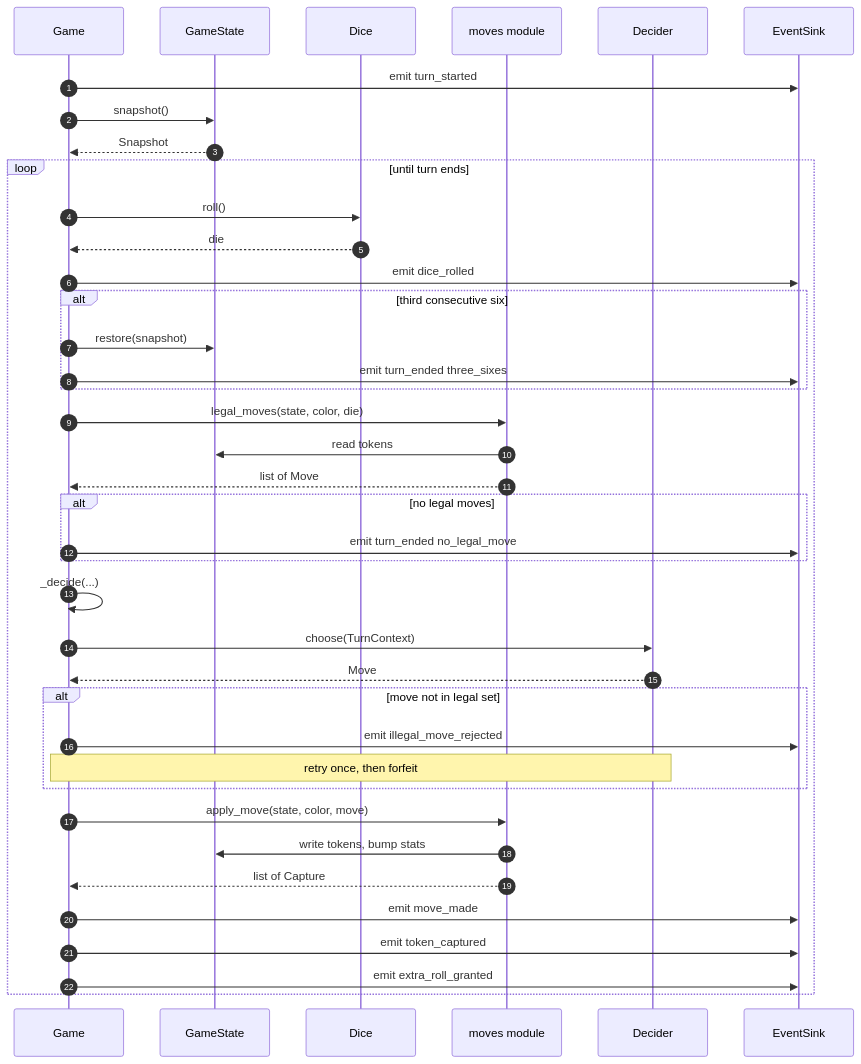
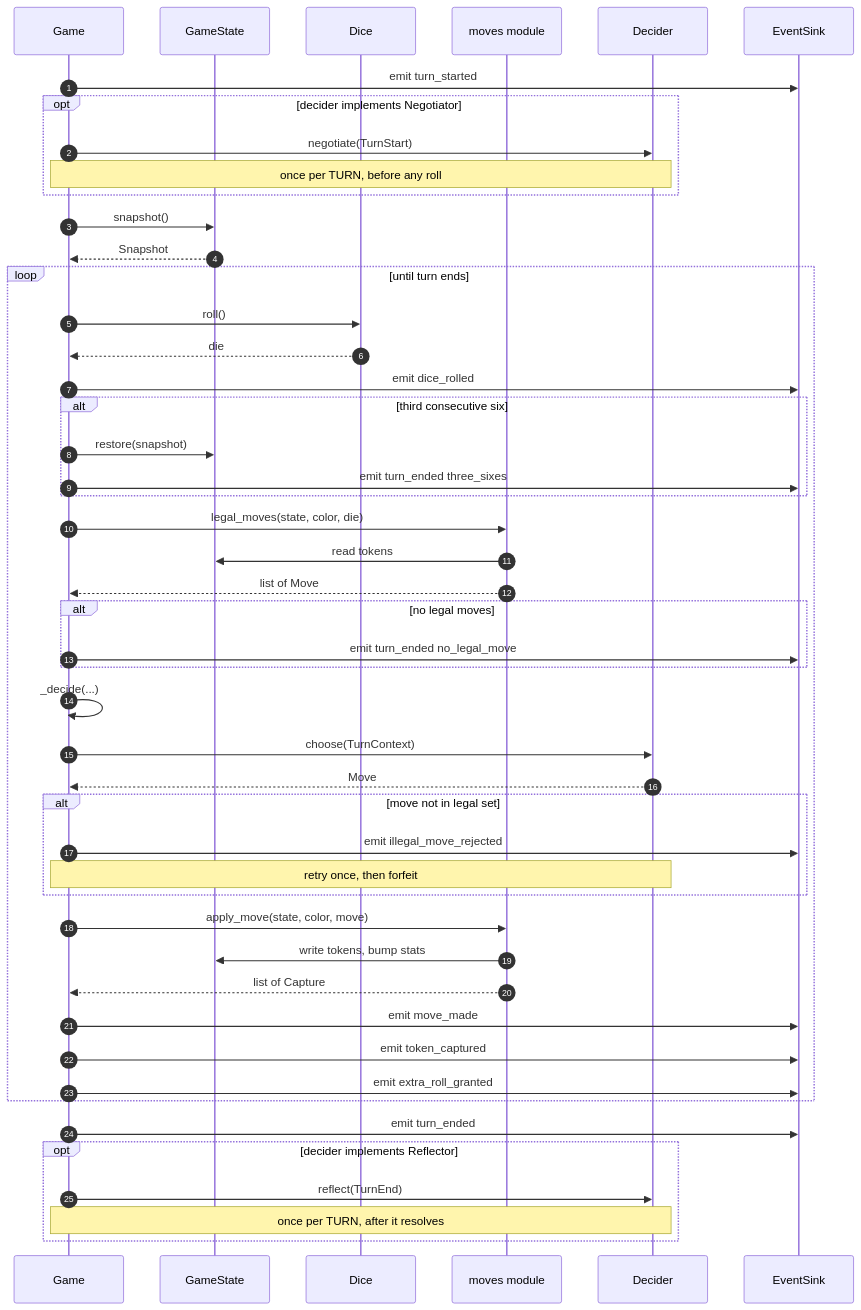
Before and after one commit to itamittech/llmeval: the fourth of 14 diagrams in docs/projects/ludo/class-design.md, drawn with Mermaid. The commit also changed other lines of this file and 9 other files, not shown here.

````diff
--- a/docs/projects/ludo/class-design.md
+++ b/docs/projects/ludo/class-design.md
@@ -261,50 +273,60 @@
 ```mermaid
 sequenceDiagram
     autonumber
     participant G as Game
     participant S as GameState
     participant D as Dice
     participant M as moves module
     participant A as Decider
     participant E as EventSink
 
     G->>E: emit turn_started
+    opt decider implements Negotiator
+        G->>A: negotiate(TurnStart)
+        Note over G,A: once per TURN, before any roll
+    end
     G->>S: snapshot()
     S-->>G: Snapshot
 
     loop until turn ends
         G->>D: roll()
         D-->>G: die
         G->>E: emit dice_rolled
 
         alt third consecutive six
             G->>S: restore(snapshot)
             G->>E: emit turn_ended three_sixes
         end
 
         G->>M: legal_moves(state, color, die)
         M->>S: read tokens
         M-->>G: list of Move
 
         alt no legal moves
             G->>E: emit turn_ended no_legal_move
         end
 
         G->>G: _decide(...)
         G->>A: choose(TurnContext)
         A-->>G: Move
 
         alt move not in legal set
             G->>E: emit illegal_move_rejected
             Note over G,A: retry once, then forfeit
         end
 
         G->>M: apply_move(state, color, move)
         M->>S: write tokens, bump stats
         M-->>G: list of Capture
         G->>E: emit move_made
         G->>E: emit token_captured
 
         G->>E: emit extra_roll_granted
     end
+
+    G->>E: emit turn_ended
+    opt decider implements Reflector
+        G->>A: reflect(TurnEnd)
+        Note over G,A: once per TURN, after it resolves
+    end
 ```
````
